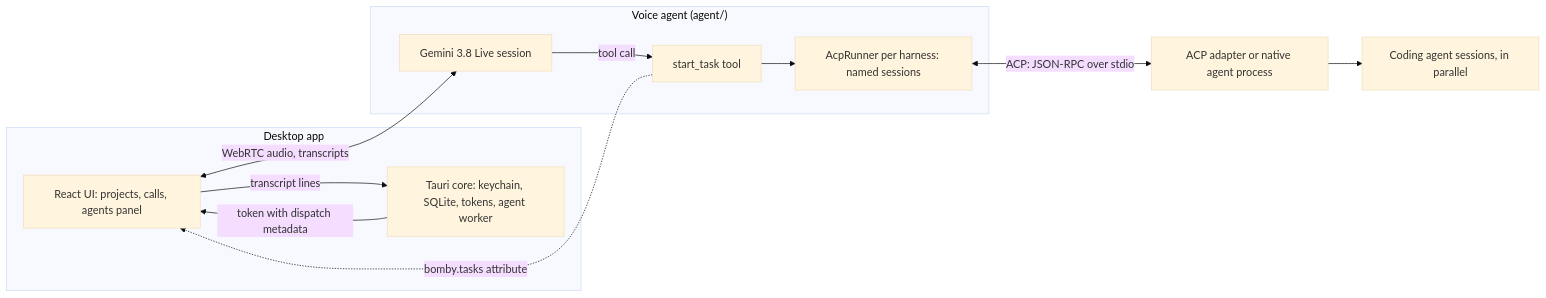
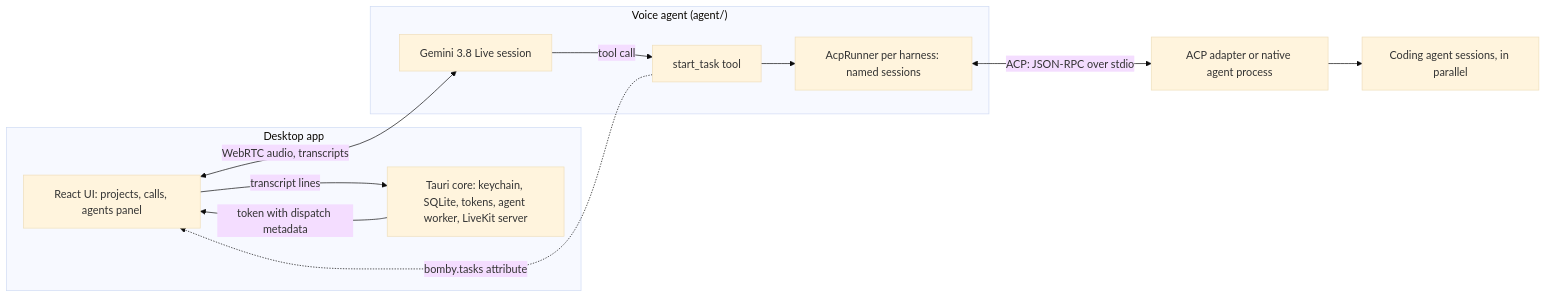
The diagram in docs/architecture.md (bomby-app/bomby), drawn with Mermaid (base theme) before and after one commit. The commit also changed other lines of this file and 16 other files, not shown here.

````diff
--- a/docs/architecture.md
+++ b/docs/architecture.md
@@ -16,23 +16,23 @@
 ```mermaid
 flowchart LR
   subgraph App["Desktop app"]
     UI["React UI: projects, calls, agents panel"]
-    Core["Tauri core: keychain, SQLite, tokens, agent worker"]
+    Core["Tauri core: keychain, SQLite, tokens, agent worker, LiveKit server"]
   end
   subgraph Agent["Voice agent (agent/)"]
     Gemini["Gemini 3.8 Live session"]
     Tool["start_task tool"]
     Runner["AcpRunner per harness: named sessions"]
   end
   ACP["ACP adapter or native agent process"]
   Coding["Coding agent sessions, in parallel"]
 
   Core -- "token with dispatch metadata" --> UI
   UI -- "transcript lines" --> Core
   UI <-- "WebRTC audio, transcripts" --> Gemini
   Gemini -- "tool call" --> Tool
   Tool --> Runner
   Runner <-- "ACP: JSON-RPC over stdio" --> ACP
   ACP --> Coding
   Tool -. "bomby.tasks attribute" .-> UI
 ```
````
